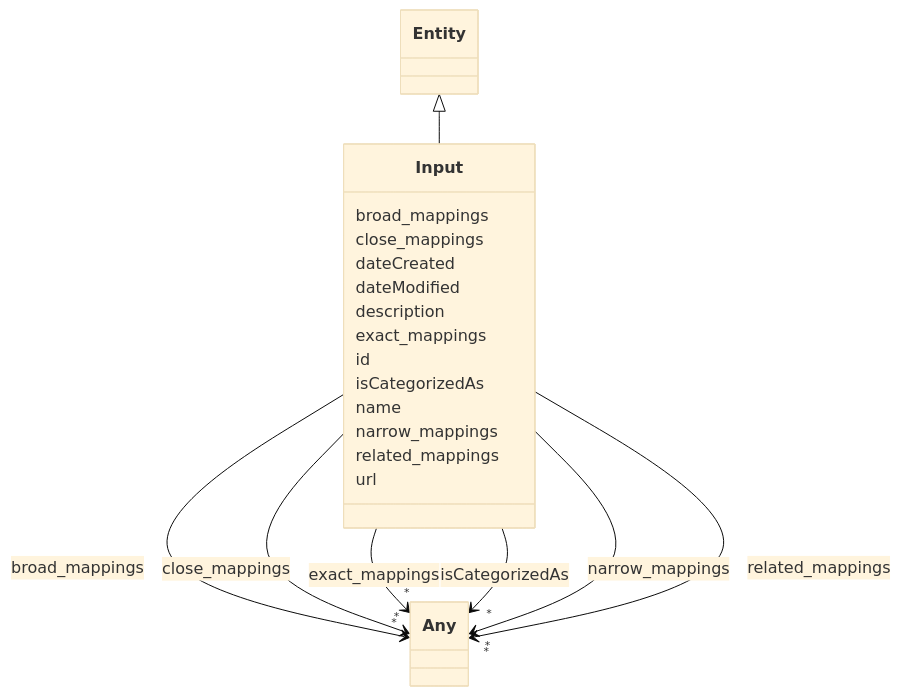
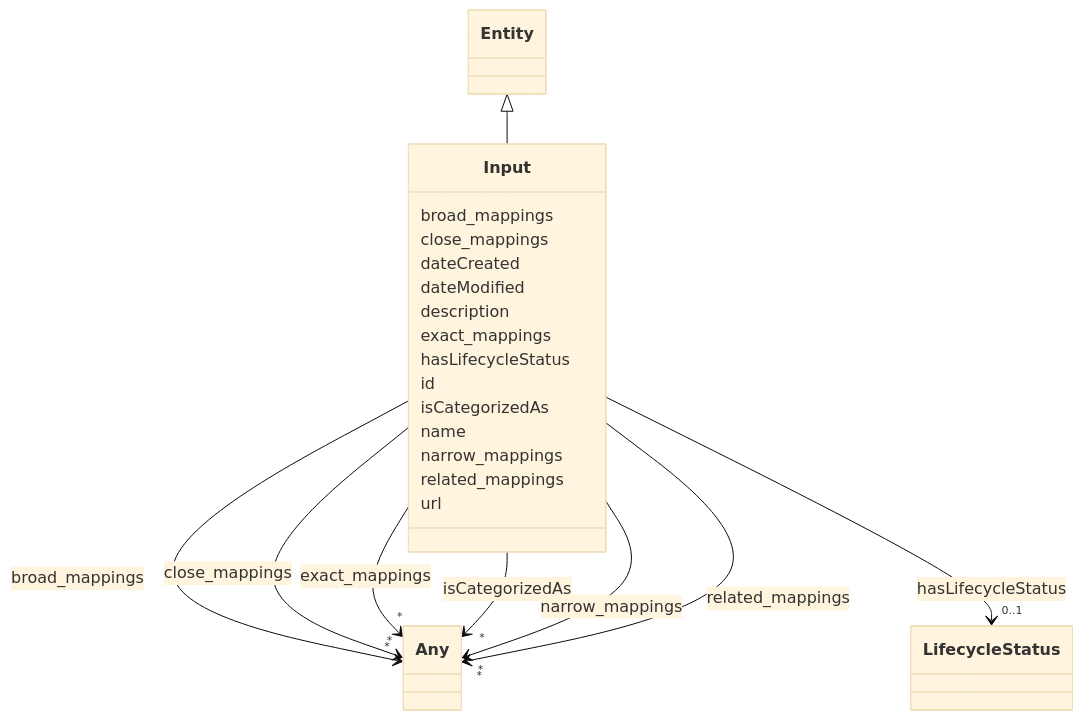
The diagram in docs/ontology/Input.md (ingelise/risk-atlas-nexus), drawn with Mermaid (base theme) before and after one commit. The commit also changed other lines of this file and 206 other files, not shown here.

```diff
--- a/docs/ontology/Input.md
+++ b/docs/ontology/Input.md
@@ -57,6 +57,17 @@
 
 
 
+      Input : hasLifecycleStatus
+
+
+
+
+
+        Input --> "0..1" LifecycleStatus : hasLifecycleStatus
+        click LifecycleStatus href "../LifecycleStatus/"
+
+
+
       Input : id
 
       Input : isCategorizedAs
```
